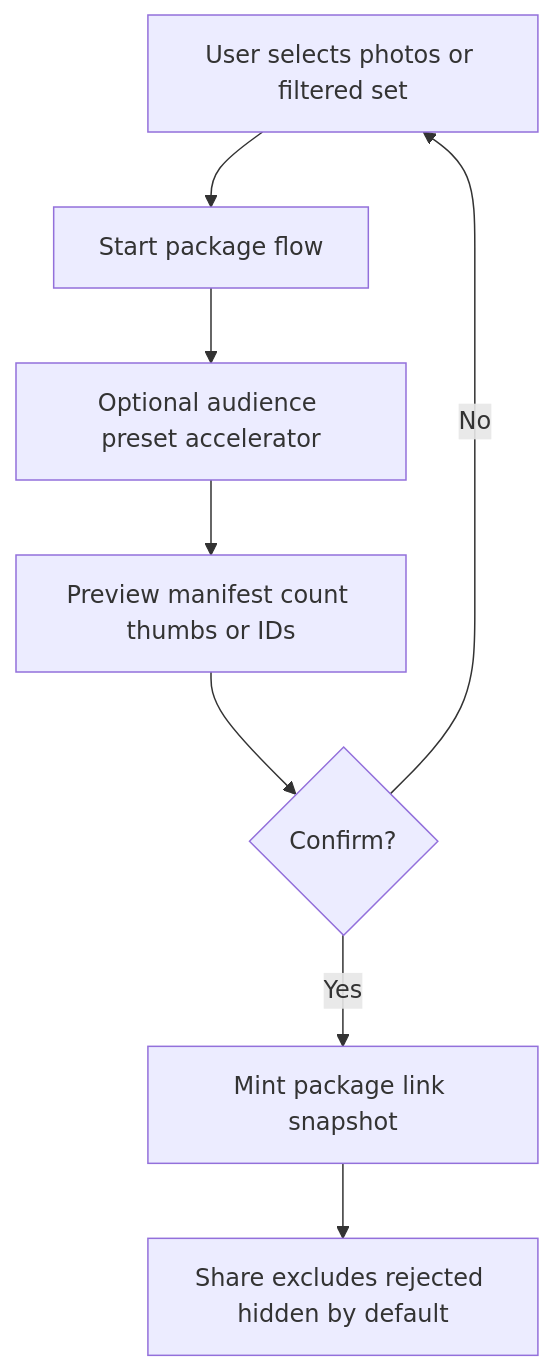
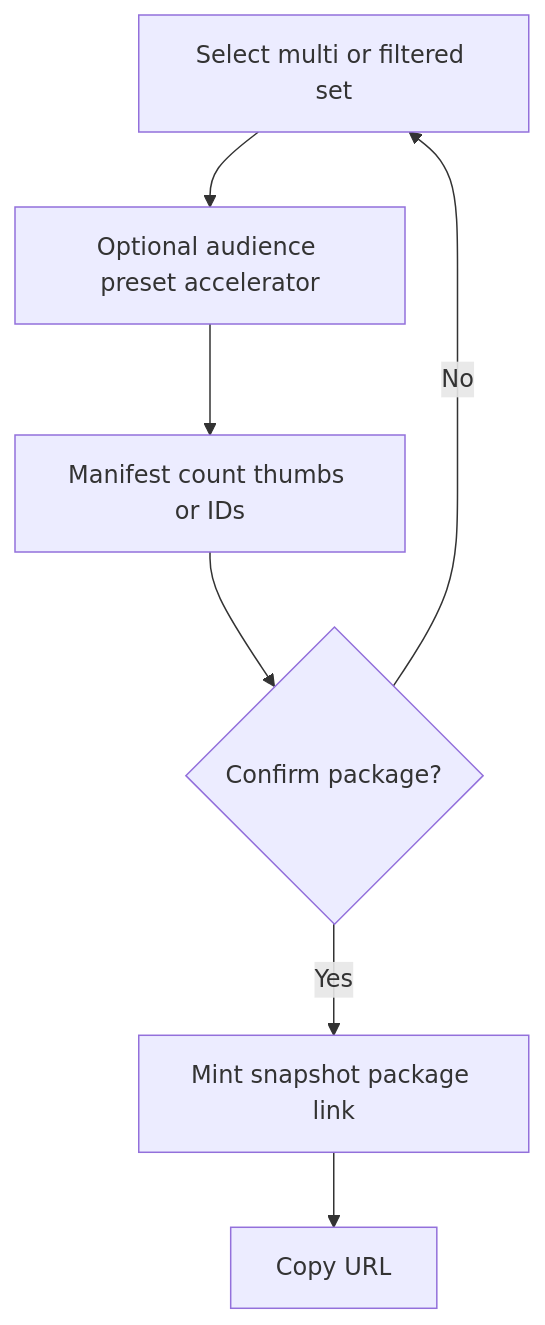
One commit to sergej-brazdeikis/photo-tool changed the sixth of 6 diagrams in _bmad-output/planning-artifacts/ux-design-specification.md. Above: the diagram before and after it, drawn with Mermaid. The commit also changed other lines of this file and 82 other files, not shown here.

````diff
--- a/_bmad-output/planning-artifacts/ux-design-specification.md
+++ b/_bmad-output/planning-artifacts/ux-design-specification.md
@@ -544,10 +605,9 @@
 ```mermaid
 flowchart TD
-  A[User selects photos or filtered set] --> B[Start package flow]
-  B --> C[Optional audience preset accelerator]
-  C --> D[Preview manifest count thumbs or IDs]
-  D --> E{Confirm?}
-  E -->|Yes| F[Mint package link snapshot]
-  E -->|No| A
-  F --> G[Share excludes rejected hidden by default]
+  F1[Select multi or filtered set] --> F2[Optional audience preset accelerator]
+  F2 --> F3[Manifest count thumbs or IDs]
+  F3 --> F4{Confirm package?}
+  F4 -->|No| F1
+  F4 -->|Yes| F5[Mint snapshot package link]
+  F5 --> F6[Copy URL]
 ```
````
